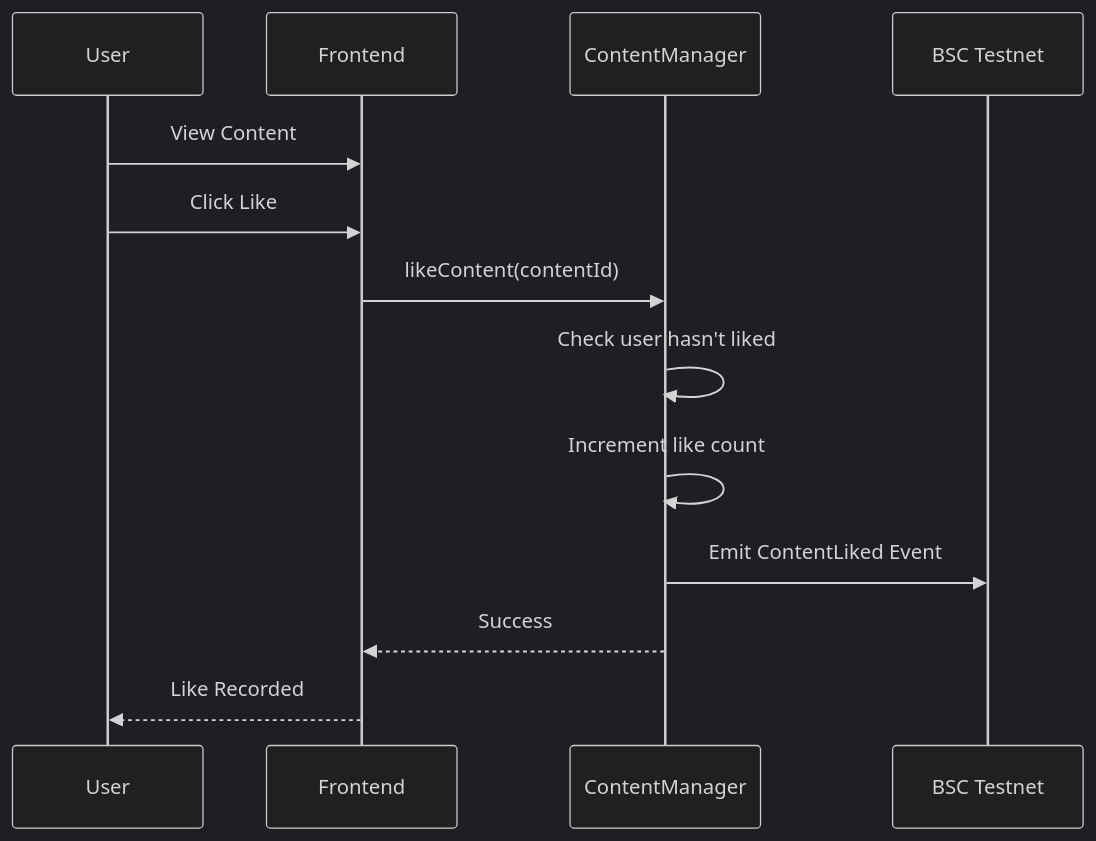
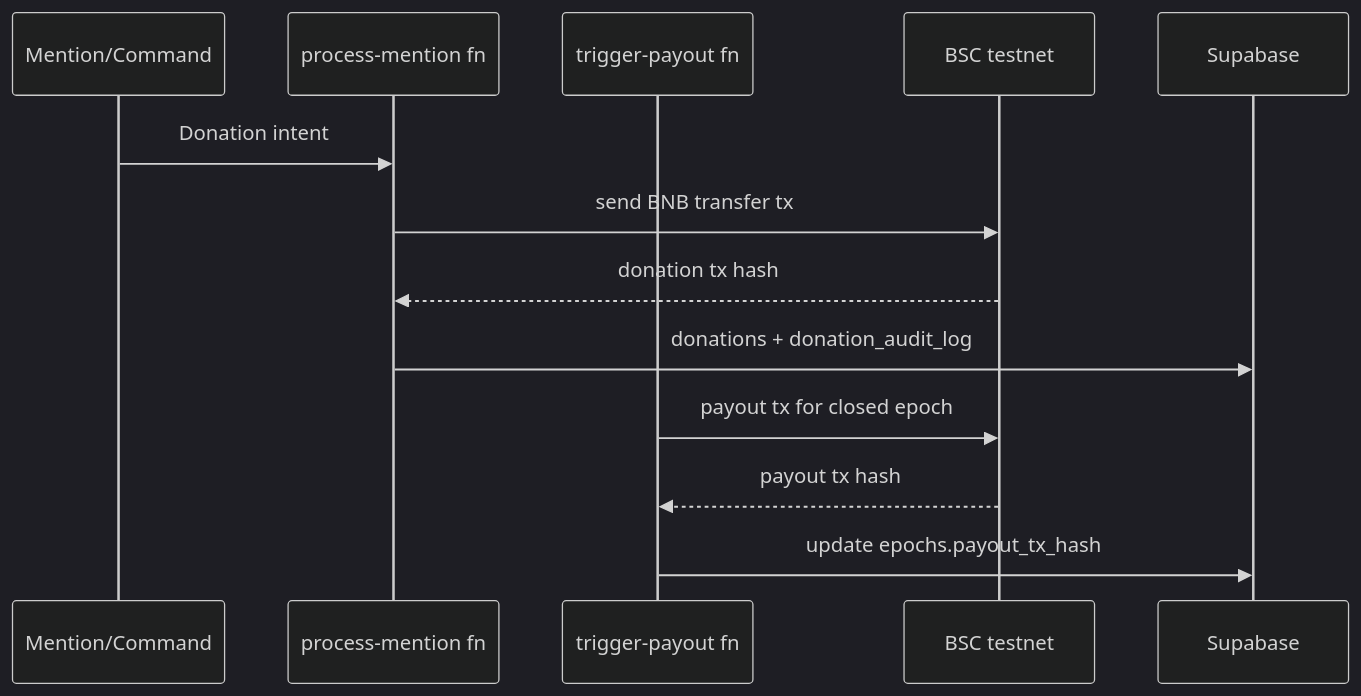
Before and after one commit to Rail-Mint/railmint: the fourth of 5 diagrams in README.md, drawn with Mermaid (dark theme). The commit also changed other lines of this file and 19 other files, not shown here.

````diff
--- a/README.md
+++ b/README.md
@@ -182,16 +86,17 @@
 ```mermaid
 sequenceDiagram
-    participant U as User
-    participant F as Frontend
-    participant CM as ContentManager
-    participant BC as BSC Testnet
-    
-    U->>F: View Content
-    U->>F: Click Like
-    F->>CM: likeContent(contentId)
-    CM->>CM: Check user hasn't liked
-    CM->>CM: Increment like count
-    CM->>BC: Emit ContentLiked Event
-    CM-->>F: Success
-    F-->>U: Like Recorded
+    participant X as Mention/Command
+    participant PM as process-mention fn
+    participant TP as trigger-payout fn
+    participant BC as BSC testnet
+    participant SB as Supabase
+
+    X->>PM: Donation intent
+    PM->>BC: send BNB transfer tx
+    BC-->>PM: donation tx hash
+    PM->>SB: donations + donation_audit_log
+
+    TP->>BC: payout tx for closed epoch
+    BC-->>TP: payout tx hash
+    TP->>SB: update epochs.payout_tx_hash
 ```
````
